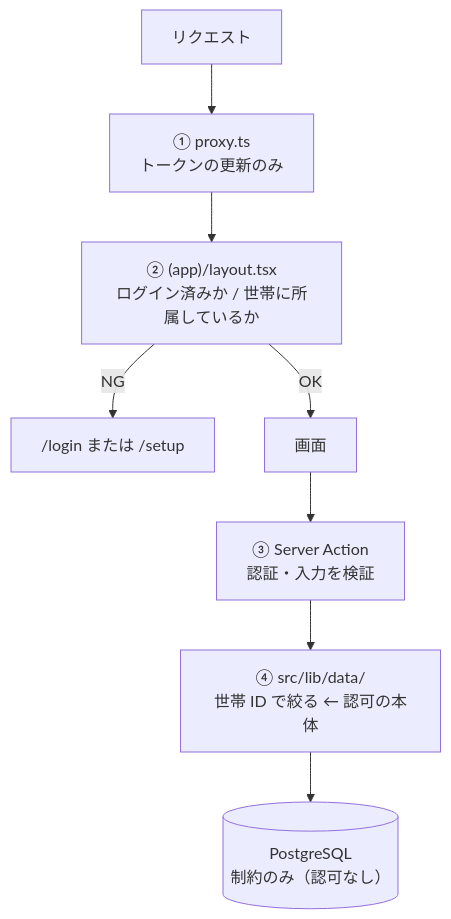
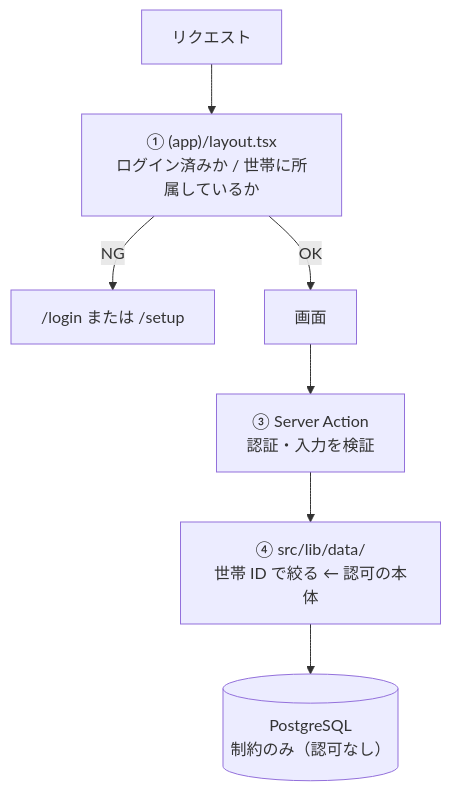
Before and after one commit to arize-matsuda/monely: the diagram in docs/03-guidelines/security-guidelines.md, drawn with Mermaid. The commit also changed other lines of this file and 32 other files, not shown here.

````diff
--- a/docs/03-guidelines/security-guidelines.md
+++ b/docs/03-guidelines/security-guidelines.md
@@ -41,10 +42,9 @@
 ```mermaid
 flowchart TD
-    Req["リクエスト"] --> Px["① proxy.ts<br/>トークンの更新のみ"]
-    Px --> Layout["② (app)/layout.tsx<br/>ログイン済みか / 世帯に所属しているか"]
+    Req["リクエスト"] --> Layout["① (app)/layout.tsx<br/>ログイン済みか / 世帯に所属しているか"]
     Layout -- "NG" --> Redirect["/login または /setup"]
     Layout -- "OK" --> Page["画面"]
     Page --> Action["③ Server Action<br/>認証・入力を検証"]
     Action --> DAL["④ src/lib/data/<br/>世帯 ID で絞る ← 認可の本体"]
     DAL --> DB[("PostgreSQL<br/>制約のみ（認可なし）")]
 ```
````
